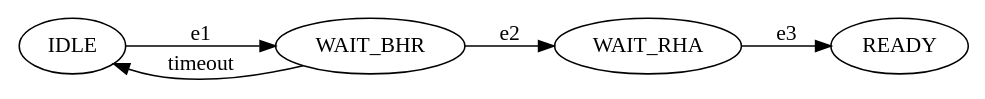
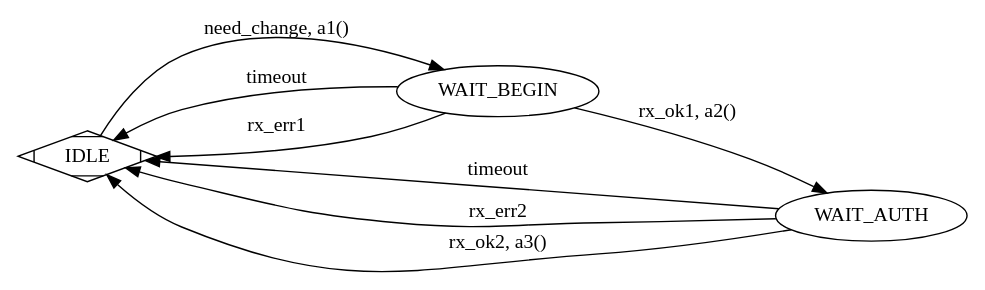
Before and after one commit to ssp21/ssp21-spec: the diagram in dot/master_handshake_states.dot, drawn with Graphviz. The commit also changed 1 other file, not shown here.

Commit message:
took a shot at first real version of state diagram for master. Need to define events and actions

```diff
--- a/dot/master_handshake_states.dot
+++ b/dot/master_handshake_states.dot
@@ -1,8 +1,16 @@
 digraph G {	
 	rankdir=LR;
-	size="8,5"
-	IDLE -> WAIT_BHR [ label = " e1" ];
-	WAIT_BHR -> IDLE [ label = " timeout"];		
-	WAIT_BHR -> WAIT_RHA [ label = " e2" ];
-	WAIT_RHA -> READY [label = " e3"];
+	size="8,5";
+
+	IDLE [shape=Mdiamond];
+	WAIT_BEGIN;
+	WAIT_AUTH;
+
+	IDLE -> WAIT_BEGIN [ label = " need_change, a1()" ];
+	WAIT_BEGIN -> IDLE [ label = " timeout"];
+	WAIT_BEGIN -> IDLE [ label = " rx_err1"];
+	WAIT_BEGIN -> WAIT_AUTH [ label = " rx_ok1, a2()" ];
+	WAIT_AUTH -> IDLE [ label = " timeout"];
+	WAIT_AUTH -> IDLE [ label = " rx_err2"];
+	WAIT_AUTH -> IDLE [label = " rx_ok2, a3()"];
 }
```
